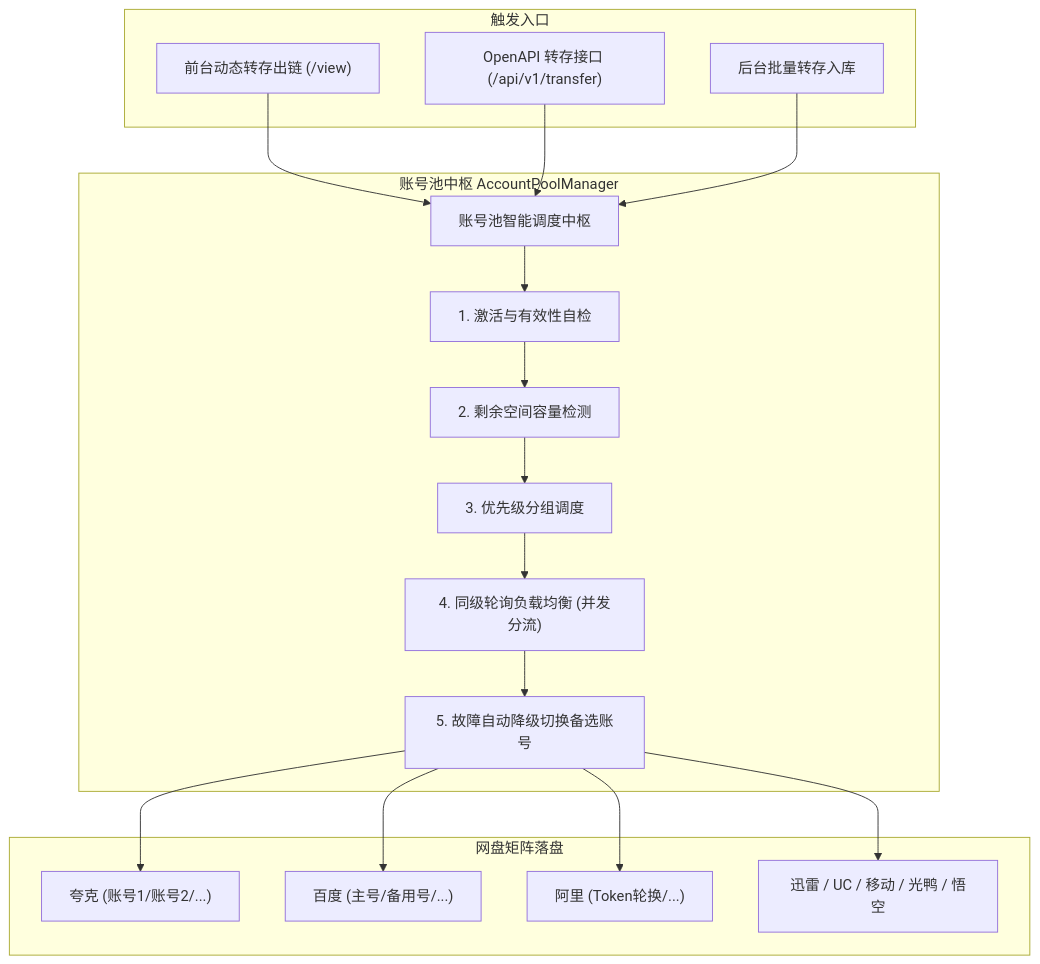
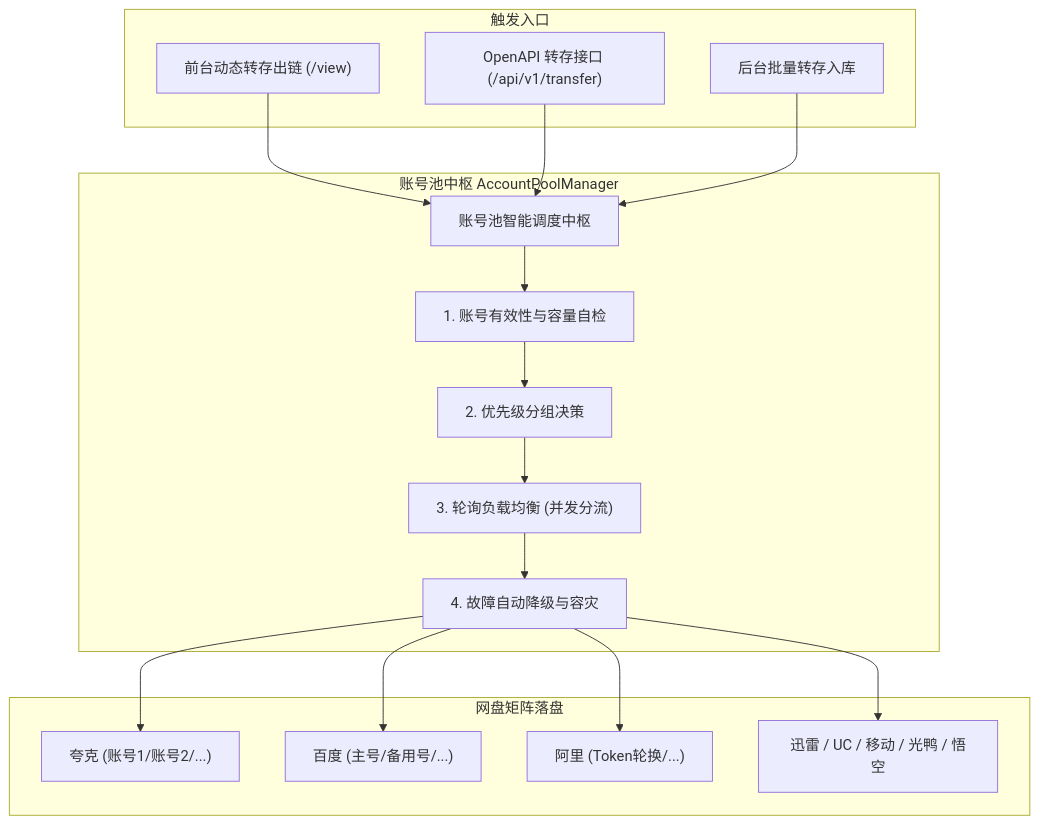
Before and after one commit to ucmao/pan-relay: the diagram in README.md, drawn with Mermaid. The commit also changed other lines of this file and 14 other files, not shown here.

````diff
--- a/README.md
+++ b/README.md
@@ -62,26 +58,25 @@
 ```mermaid
 flowchart TD
     subgraph 触发入口
         A1["前台动态转存出链 (/view)"]
         A2["OpenAPI 转存接口 (/api/v1/transfer)"]
         A3["后台批量转存入库"]
     end
 
     subgraph 账号池中枢 AccountPoolManager
         A1 --> Core["账号池智能调度中枢"]
         A2 --> Core
         A3 --> Core
-        Core --> F1["1. 激活与有效性自检"]
-        F1 --> F2["2. 剩余空间容量检测"]
-        F2 --> F3["3. 优先级分组调度"]
-        F3 --> F4["4. 同级轮询负载均衡 (并发分流)"]
-        F4 --> F5["5. 故障自动降级切换备选账号"]
+        Core --> F1["1. 账号有效性与容量自检"]
+        F1 --> F2["2. 优先级分组决策"]
+        F2 --> F3["3. 轮询负载均衡 (并发分流)"]
+        F3 --> F4["4. 故障自动降级与容灾"]
     end
 
     subgraph 网盘矩阵落盘
-        F5 --> Q["夸克 (账号1/账号2/...)"]
-        F5 --> B["百度 (主号/备用号/...)"]
-        F5 --> A["阿里 (Token轮换/...)"]
-        F5 --> X["迅雷 / UC / 移动 / 光鸭 / 悟空"]
+        F4 --> Q["夸克 (账号1/账号2/...)"]
+        F4 --> B["百度 (主号/备用号/...)"]
+        F4 --> A["阿里 (Token轮换/...)"]
+        F4 --> X["迅雷 / UC / 移动 / 光鸭 / 悟空"]
     end
 ```
````
